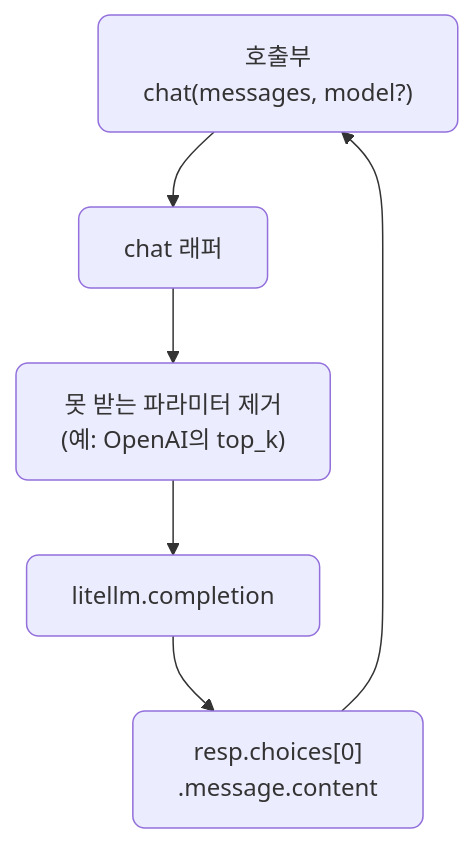
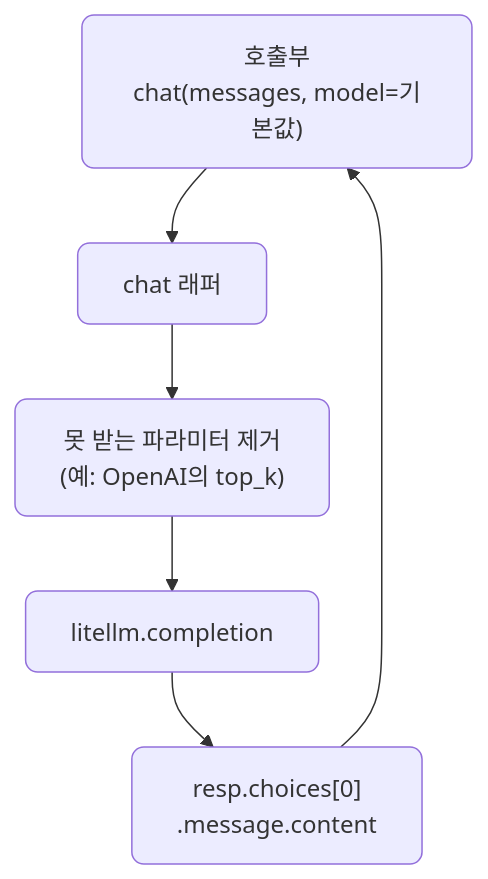
Before and after one commit to CodeCompose7/ai_service_engineering: the third of 5 diagrams in docs/section1/lec06/README.md, drawn with Mermaid. The commit also changed other lines of this file, not shown here.

Commit message:
lec06: 다이어그램 가독성 수정
응답 통일 노드의 긴 줄을 usage를 다음 줄로 내려 잘림을 막고, chat 래퍼
노드의 model? 표기를 model=기본값으로 바꿔 선택 인자임을 분명히 한다.

````diff
--- a/docs/section1/lec06/README.md
+++ b/docs/section1/lec06/README.md
@@ -114,9 +114,9 @@
 ```mermaid
 flowchart TD
-  Caller["호출부<br/>chat(messages, model?)"] --> Wrap["chat 래퍼"]
+  Caller["호출부<br/>chat(messages, model=기본값)"] --> Wrap["chat 래퍼"]
   Wrap --> Norm["못 받는 파라미터 제거<br/>(예: OpenAI의 top_k)"]
   Norm --> LL["litellm.completion"]
   LL --> Body["resp.choices[0]<br/>.message.content"]
   Body --> Caller
   classDef default rx:8,ry:8;
 ```
````
